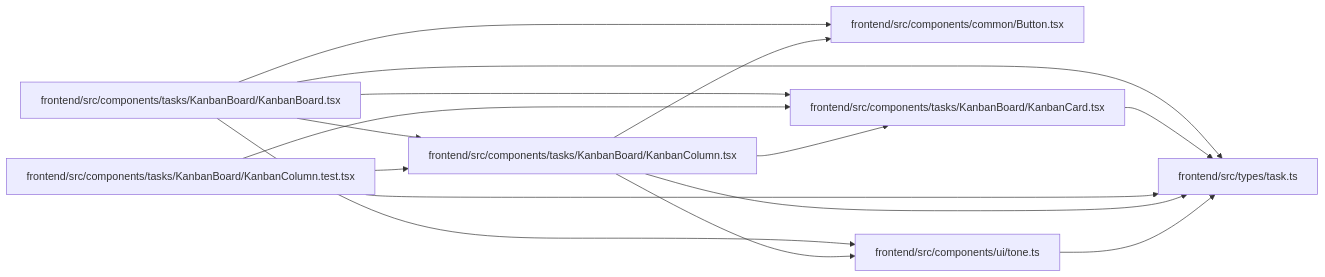
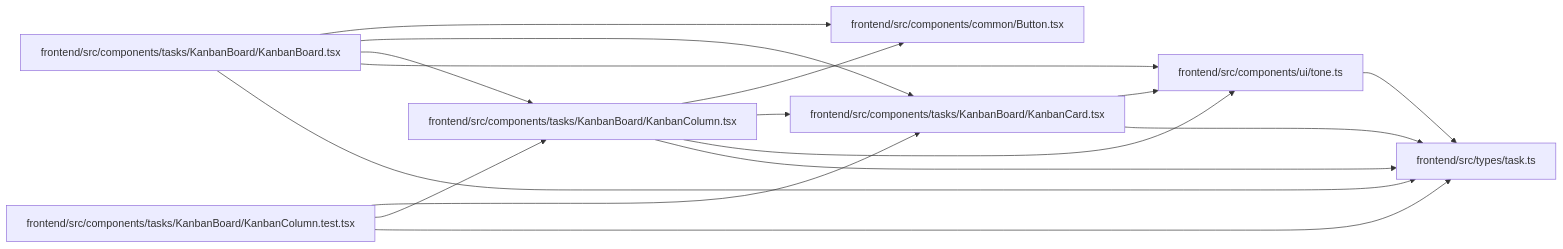
One commit to Denissvgn/WorkChord changed the diagram in docs/llm_wiki/modules/KanbanColumn.md. Above: the diagram before and after it, drawn with Mermaid. The commit also changed 307 other files, not shown here.

````diff
--- a/docs/llm_wiki/modules/KanbanColumn.md
+++ b/docs/llm_wiki/modules/KanbanColumn.md
@@ -36,31 +36,32 @@
 ```mermaid
 flowchart LR
     n0["frontend/src/components/common/Button.tsx"]
     n1["frontend/src/components/tasks/KanbanBoard/KanbanBoard.tsx"]
     n2["frontend/src/components/tasks/KanbanBoard/KanbanCard.tsx"]
     n3["frontend/src/components/tasks/KanbanBoard/KanbanColumn.test.tsx"]
     n4["frontend/src/components/tasks/KanbanBoard/KanbanColumn.tsx"]
     n5["frontend/src/components/ui/tone.ts"]
     n6["frontend/src/types/task.ts"]
     n1 --> n0
     n1 --> n2
     n1 --> n4
     n1 --> n5
     n1 --> n6
+    n2 --> n5
     n2 --> n6
     n3 --> n2
     n3 --> n4
     n3 --> n6
     n4 --> n0
     n4 --> n2
     n4 --> n5
     n4 --> n6
     n5 --> n6
     click n0 "../modules/Button.md"
     click n1 "../modules/KanbanBoard.md"
     click n2 "../modules/KanbanCard.md"
     click n3 "../modules/KanbanColumn.test.md"
     click n4 "../modules/KanbanColumn.md"
     click n5 "../modules/tone.md"
     click n6 "../modules/types_task.md"
 ```
````
